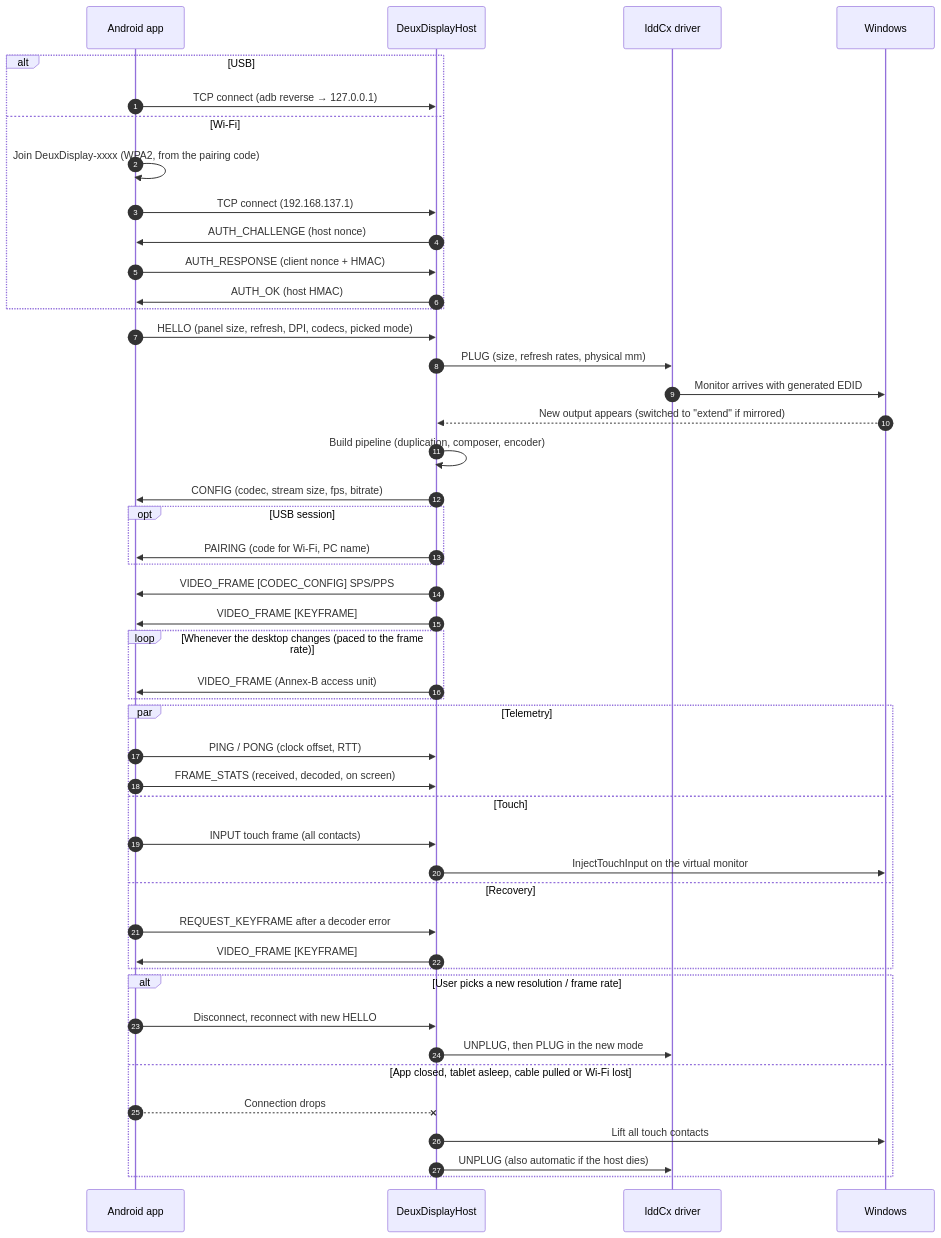
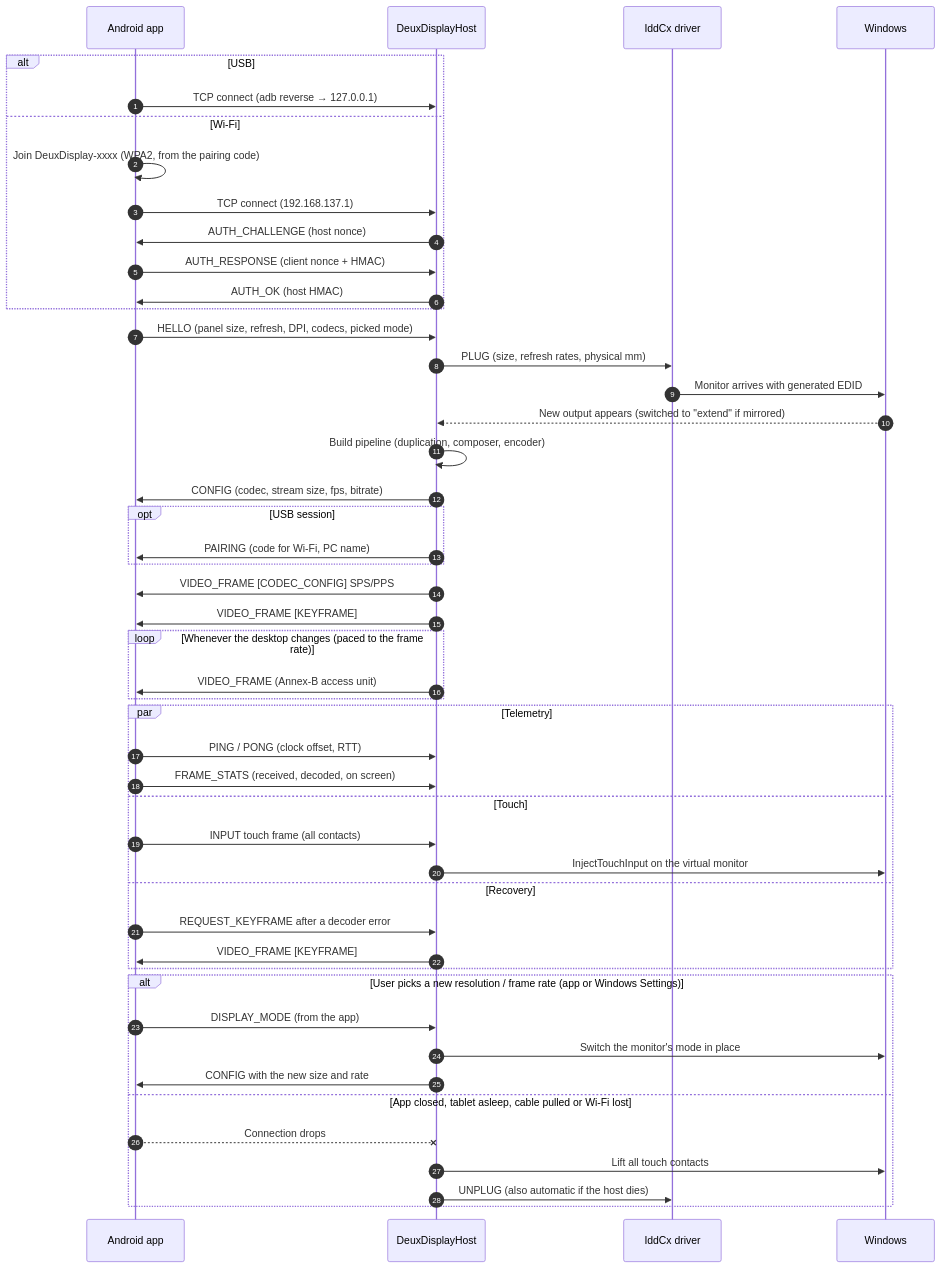
The second of 5 diagrams in README.md (zengarv/DeuxDisplay), drawn with Mermaid before and after one commit. The commit also changed other lines of this file and 24 other files, not shown here.

````diff
--- a/README.md
+++ b/README.md
@@ -81,53 +81,54 @@
 ```mermaid
 sequenceDiagram
     autonumber
     participant T as Android app
     participant H as DeuxDisplayHost
     participant D as IddCx driver
     participant W as Windows
 
     alt USB
         T->>H: TCP connect (adb reverse → 127.0.0.1)
     else Wi-Fi
         T->>T: Join DeuxDisplay-xxxx (WPA2, from the pairing code)
         T->>H: TCP connect (192.168.137.1)
         H->>T: AUTH_CHALLENGE (host nonce)
         T->>H: AUTH_RESPONSE (client nonce + HMAC)
         H->>T: AUTH_OK (host HMAC)
     end
     T->>H: HELLO (panel size, refresh, DPI, codecs, picked mode)
     H->>D: PLUG (size, refresh rates, physical mm)
     D->>W: Monitor arrives with generated EDID
     W-->>H: New output appears (switched to "extend" if mirrored)
     H->>H: Build pipeline (duplication, composer, encoder)
     H->>T: CONFIG (codec, stream size, fps, bitrate)
     opt USB session
         H->>T: PAIRING (code for Wi-Fi, PC name)
     end
     H->>T: VIDEO_FRAME [CODEC_CONFIG] SPS/PPS
     H->>T: VIDEO_FRAME [KEYFRAME]
 
     loop Whenever the desktop changes (paced to the frame rate)
         H->>T: VIDEO_FRAME (Annex-B access unit)
     end
 
     par Telemetry
         T->>H: PING / PONG (clock offset, RTT)
         T->>H: FRAME_STATS (received, decoded, on screen)
     and Touch
         T->>H: INPUT touch frame (all contacts)
         H->>W: InjectTouchInput on the virtual monitor
     and Recovery
         T->>H: REQUEST_KEYFRAME after a decoder error
         H->>T: VIDEO_FRAME [KEYFRAME]
     end
 
-    alt User picks a new resolution / frame rate
-        T->>H: Disconnect, reconnect with new HELLO
-        H->>D: UNPLUG, then PLUG in the new mode
+    alt User picks a new resolution / frame rate (app or Windows Settings)
+        T->>H: DISPLAY_MODE (from the app)
+        H->>W: Switch the monitor's mode in place
+        H->>T: CONFIG with the new size and rate
     else App closed, tablet asleep, cable pulled or Wi-Fi lost
         T--xH: Connection drops
         H->>W: Lift all touch contacts
         H->>D: UNPLUG (also automatic if the host dies)
     end
 ```
````
